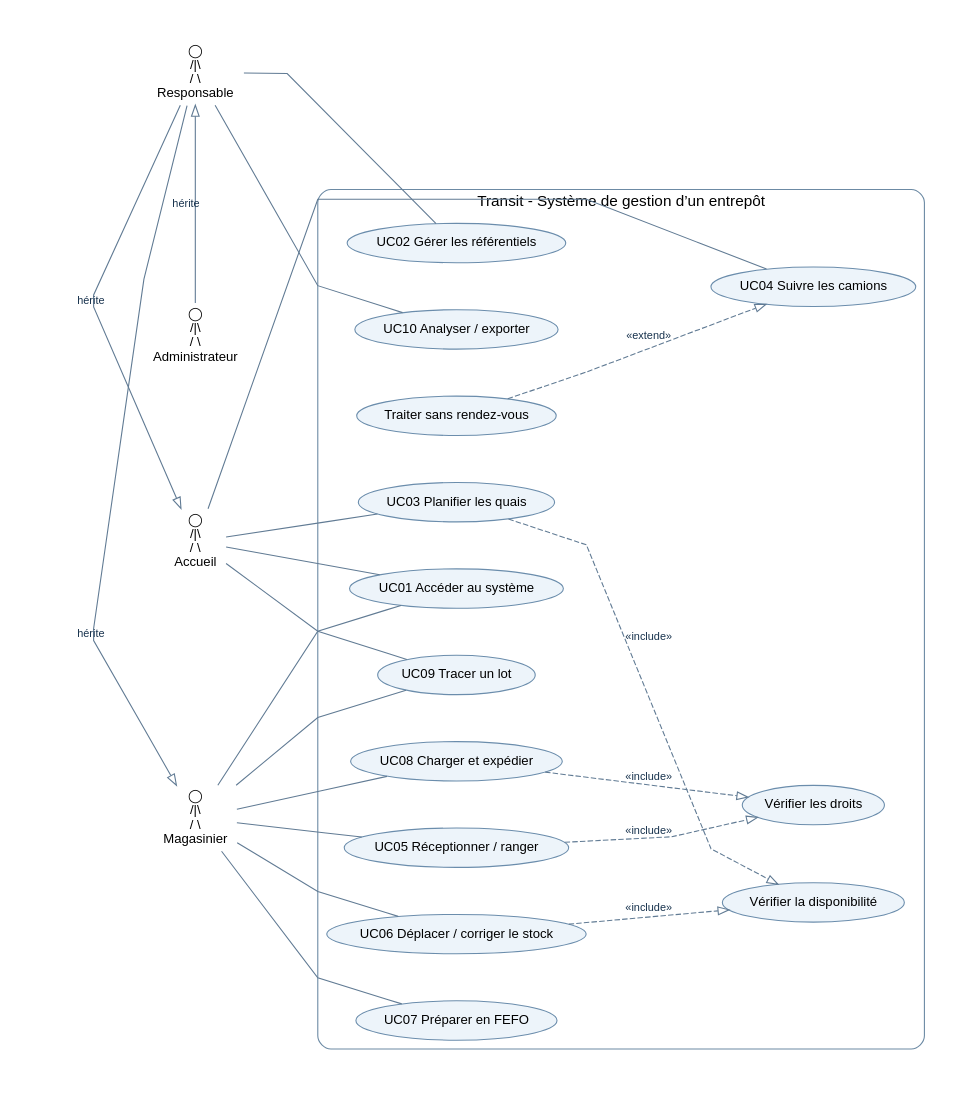
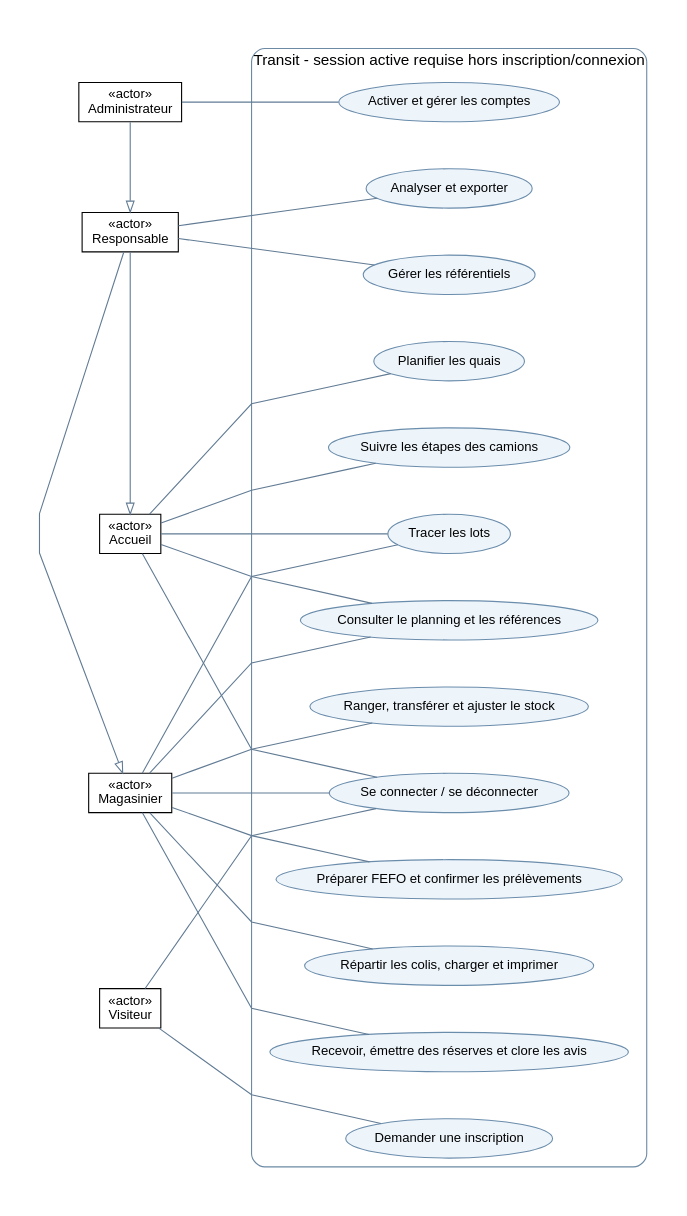
The diagram in docs/diagrammes/cas-utilisation.dot (Gustor1/projet-bd70), drawn with Graphviz before and after one commit. The commit also changed 277 other files, not shown here.

Commit message:
feat: consolider Transit et partager les acces de test du groupe

```diff
--- a/docs/diagrammes/cas-utilisation.dot
+++ b/docs/diagrammes/cas-utilisation.dot
@@ -1,41 +1,42 @@
 digraph UML {
 rankdir=LR;
 graph [fontname="Arial",bgcolor="white",pad="0.4",nodesep="0.6",ranksep="1",splines=polyline]; node [fontname="Arial",fontsize=12]; edge [fontname="Arial",fontsize=10,color="#617b94",fontcolor="#17324d"];
-admin [shape=plaintext,label="◯\n/|\\\n/ \\\nAdministrateur"];
-manager [shape=plaintext,label="◯\n/|\\\n/ \\\nResponsable"];
-gate [shape=plaintext,label="◯\n/|\\\n/ \\\nAccueil"];
-warehouse [shape=plaintext,label="◯\n/|\\\n/ \\\nMagasinier"];
-subgraph cluster_system { label="Transit - Système de gestion d’un entrepôt";color="#6c8aa4";style=rounded;
-auth [shape=ellipse,label="UC01 Accéder au système",style=filled,fillcolor="#edf4fa",color="#6b8dac"];
-refs [shape=ellipse,label="UC02 Gérer les référentiels",style=filled,fillcolor="#edf4fa",color="#6b8dac"];
-reserve [shape=ellipse,label="UC03 Planifier les quais",style=filled,fillcolor="#edf4fa",color="#6b8dac"];
-flow [shape=ellipse,label="UC04 Suivre les camions",style=filled,fillcolor="#edf4fa",color="#6b8dac"];
-receive [shape=ellipse,label="UC05 Réceptionner / ranger",style=filled,fillcolor="#edf4fa",color="#6b8dac"];
-stock [shape=ellipse,label="UC06 Déplacer / corriger le stock",style=filled,fillcolor="#edf4fa",color="#6b8dac"];
-pick [shape=ellipse,label="UC07 Préparer en FEFO",style=filled,fillcolor="#edf4fa",color="#6b8dac"];
-ship [shape=ellipse,label="UC08 Charger et expédier",style=filled,fillcolor="#edf4fa",color="#6b8dac"];
-trace [shape=ellipse,label="UC09 Tracer un lot",style=filled,fillcolor="#edf4fa",color="#6b8dac"];
-report [shape=ellipse,label="UC10 Analyser / exporter",style=filled,fillcolor="#edf4fa",color="#6b8dac"];
-rights [shape=ellipse,label="Vérifier les droits",style=filled,fillcolor="#edf4fa",color="#6b8dac"];
-availability [shape=ellipse,label="Vérifier la disponibilité",style=filled,fillcolor="#edf4fa",color="#6b8dac"];
-walkin [shape=ellipse,label="Traiter sans rendez-vous",style=filled,fillcolor="#edf4fa",color="#6b8dac"];
+admin [shape=box,label="«actor»\nAdministrateur"];
+manager [shape=box,label="«actor»\nResponsable"];
+gate [shape=box,label="«actor»\nAccueil"];
+warehouse [shape=box,label="«actor»\nMagasinier"];
+visitor [shape=box,label="«actor»\nVisiteur"];
+subgraph cluster_system { label="Transit - session active requise hors inscription/connexion";color="#6c8aa4";style=rounded;
+register [shape=ellipse,label="Demander une inscription",style=filled,fillcolor="#edf4fa",color="#6b8dac"];
+auth [shape=ellipse,label="Se connecter / se déconnecter",style=filled,fillcolor="#edf4fa",color="#6b8dac"];
+accounts [shape=ellipse,label="Activer et gérer les comptes",style=filled,fillcolor="#edf4fa",color="#6b8dac"];
+refs [shape=ellipse,label="Gérer les référentiels",style=filled,fillcolor="#edf4fa",color="#6b8dac"];
+reserve [shape=ellipse,label="Planifier les quais",style=filled,fillcolor="#edf4fa",color="#6b8dac"];
+flow [shape=ellipse,label="Suivre les étapes des camions",style=filled,fillcolor="#edf4fa",color="#6b8dac"];
+receive [shape=ellipse,label="Recevoir, émettre des réserves et clore les avis",style=filled,fillcolor="#edf4fa",color="#6b8dac"];
+stock [shape=ellipse,label="Ranger, transférer et ajuster le stock",style=filled,fillcolor="#edf4fa",color="#6b8dac"];
+pick [shape=ellipse,label="Préparer FEFO et confirmer les prélèvements",style=filled,fillcolor="#edf4fa",color="#6b8dac"];
+ship [shape=ellipse,label="Répartir les colis, charger et imprimer",style=filled,fillcolor="#edf4fa",color="#6b8dac"];
+trace [shape=ellipse,label="Tracer les lots",style=filled,fillcolor="#edf4fa",color="#6b8dac"];
+report [shape=ellipse,label="Analyser et exporter",style=filled,fillcolor="#edf4fa",color="#6b8dac"];
+read [shape=ellipse,label="Consulter le planning et les références",style=filled,fillcolor="#edf4fa",color="#6b8dac"];
 }
+visitor -> register [dir=none];
+visitor -> auth [dir=none];
+admin -> accounts [dir=none];
 manager -> refs [dir=none];
 manager -> report [dir=none];
 gate -> auth [dir=none];
 gate -> reserve [dir=none];
 gate -> flow [dir=none];
 gate -> trace [dir=none];
+gate -> read [dir=none];
 warehouse -> auth [dir=none];
 warehouse -> receive [dir=none];
 warehouse -> stock [dir=none];
 warehouse -> pick [dir=none];
 warehouse -> ship [dir=none];
 warehouse -> trace [dir=none];
-reserve -> availability [style=dashed,arrowhead=empty,label="«include»"];
-stock -> availability [style=dashed,arrowhead=empty,label="«include»"];
-receive -> rights [style=dashed,arrowhead=empty,label="«include»"];
-ship -> rights [style=dashed,arrowhead=empty,label="«include»"];
-walkin -> flow [style=dashed,arrowhead=empty,label="«extend»"];
-admin -> manager [arrowhead=empty,label="hérite",constraint=false];manager -> gate [arrowhead=empty,label="hérite",constraint=false];manager -> warehouse [arrowhead=empty,label="hérite",constraint=false];
+warehouse -> read [dir=none];
+admin -> manager [arrowhead=empty,constraint=false];manager -> gate [arrowhead=empty,constraint=false];manager -> warehouse [arrowhead=empty,constraint=false];
 }
```
